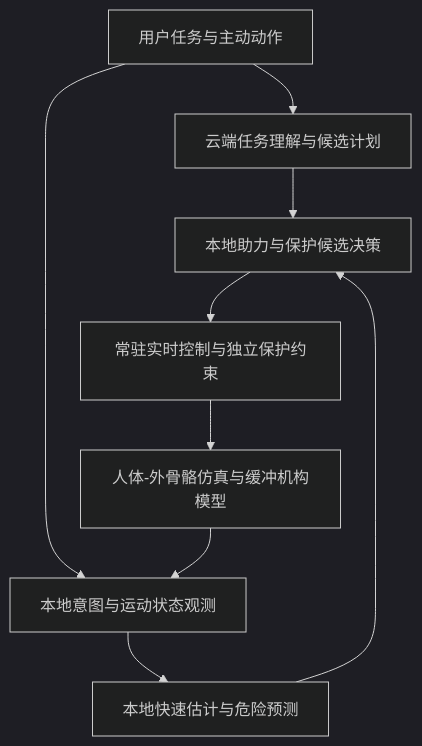
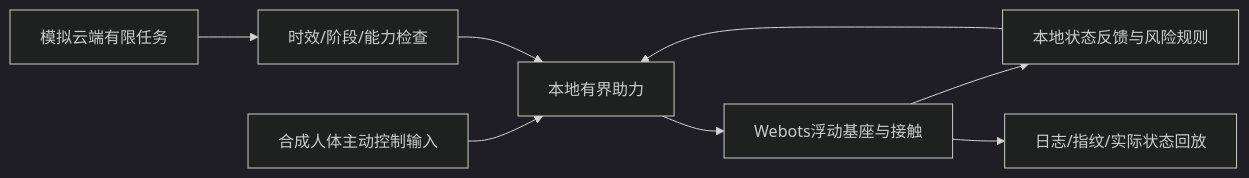
Before and after one commit to 12313Q2312/AI-Robotic-Joint-Mini: the diagram in README.md, drawn with Mermaid (dark theme). The commit also changed other lines of this file and 61 other files, not shown here.

````diff
--- a/README.md
+++ b/README.md
@@ -36,11 +30,10 @@
 ```mermaid
-flowchart TB
-  U[用户任务与主动动作] --> C[云端任务理解与候选计划]
-  U --> S[本地意图与运动状态观测]
-  S --> L[本地快速估计与危险预测]
-  C --> A[本地助力与保护候选决策]
-  L --> A
-  A --> G[常驻实时控制与独立保护约束]
-  G --> P[人体-外骨骼仿真与缓冲机构模型]
-  P --> S
+flowchart LR
+  H[合成人体主动控制输入] --> A[本地有界助力]
+  C[模拟云端有限任务] --> G[时效/阶段/能力检查]
+  G --> A
+  A --> P[Webots浮动基座与接触]
+  P --> R[本地状态反馈与风险规则]
+  R --> A
+  P --> E[日志/指纹/实际状态回放]
 ```
````
